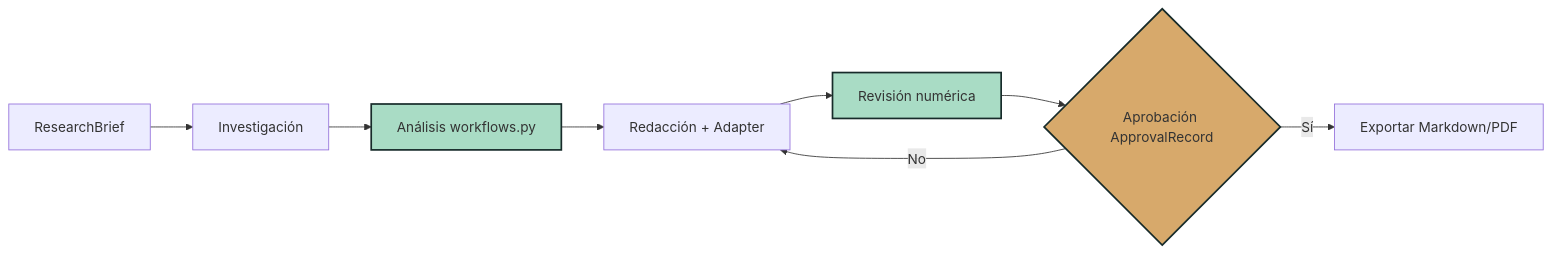
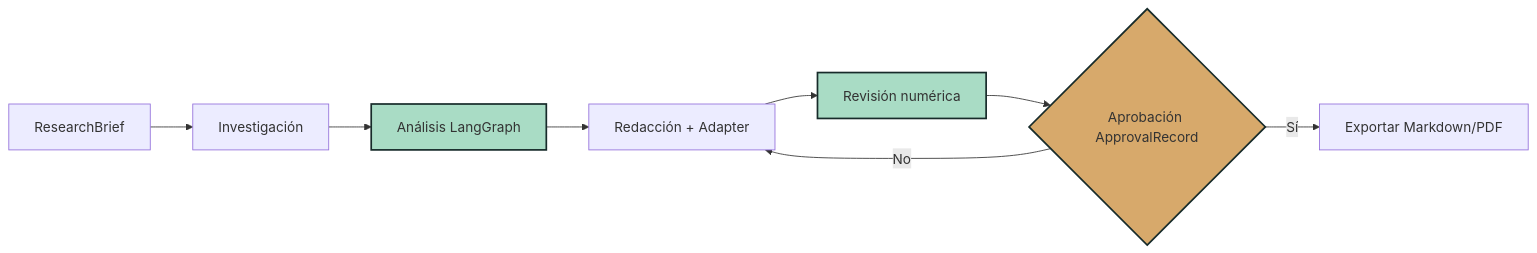
The first of 3 diagrams in README.md (Isabela-Tellez/FitFamily), drawn with Mermaid before and after one commit. The commit also changed other lines of this file, not shown here.

````diff
--- a/README.md
+++ b/README.md
@@ -90,13 +90,13 @@
 ```mermaid
 flowchart LR
     A[ResearchBrief] --> B[Investigación]
-    B --> C[Análisis workflows.py]
+    B --> C[Análisis LangGraph]
     C --> D[Redacción + Adapter]
     D --> E[Revisión numérica]
     E --> F{Aprobación ApprovalRecord}
     F -->|Sí| G[Exportar Markdown/PDF]
     F -->|No| D
     style C fill:#A9DCC5,stroke:#172B2A,stroke-width:2px
     style F fill:#D7A96B,stroke:#172B2A,stroke-width:2px
     style E fill:#A9DCC5,stroke:#172B2A,stroke-width:2px
 ```
````
